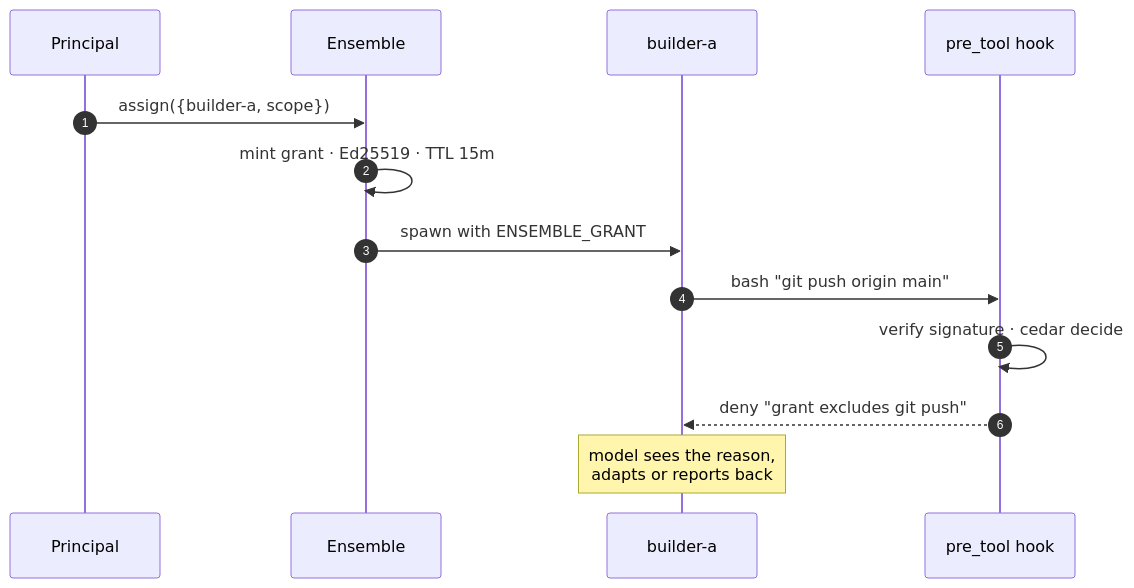
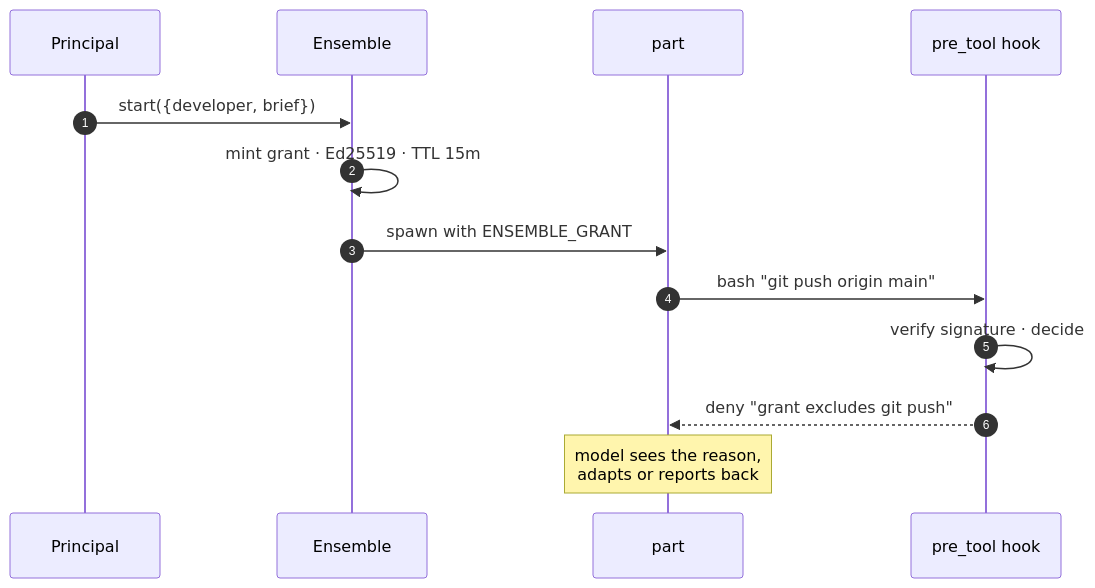
The sixth of 6 diagrams in docs/ensemble/README.md (noclearreaction/symphony-maestro), drawn with Mermaid before and after one commit. The commit also changed other lines of this file and 1 other file, not shown here.

First line of the commit message:
docs(ensemble): parts carry context, personas are configuration

````diff
--- a/docs/ensemble/README.md
+++ b/docs/ensemble/README.md
@@ -646,15 +516,15 @@
 ```mermaid
 sequenceDiagram
   autonumber
   participant O as Principal
-  participant P as Ensemble
-  participant A as builder-a
+  participant E as Ensemble
+  participant P as part
   participant H as pre_tool hook
-  O->>P: assign({builder-a, scope})
-  P->>P: mint grant · Ed25519 · TTL 15m
-  P->>A: spawn with ENSEMBLE_GRANT
-  A->>H: bash "git push origin main"
-  H->>H: verify signature · cedar decide
-  H-->>A: deny "grant excludes git push"
-  Note over A: model sees the reason,<br/>adapts or reports back
+  O->>E: start({developer, brief})
+  E->>E: mint grant · Ed25519 · TTL 15m
+  E->>P: spawn with ENSEMBLE_GRANT
+  P->>H: bash "git push origin main"
+  H->>H: verify signature · decide
+  H-->>P: deny "grant excludes git push"
+  Note over P: model sees the reason,<br/>adapts or reports back
 ```
````
